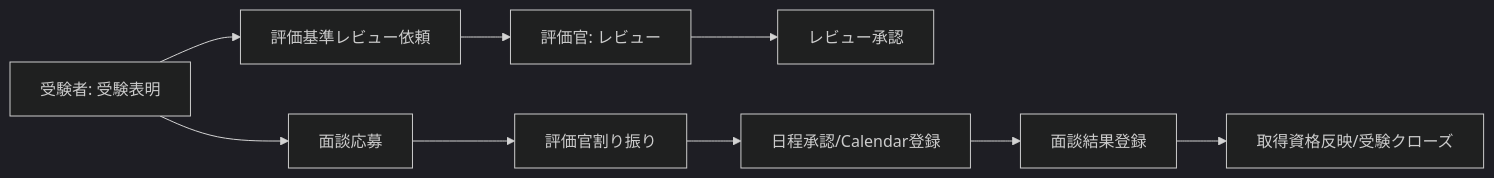
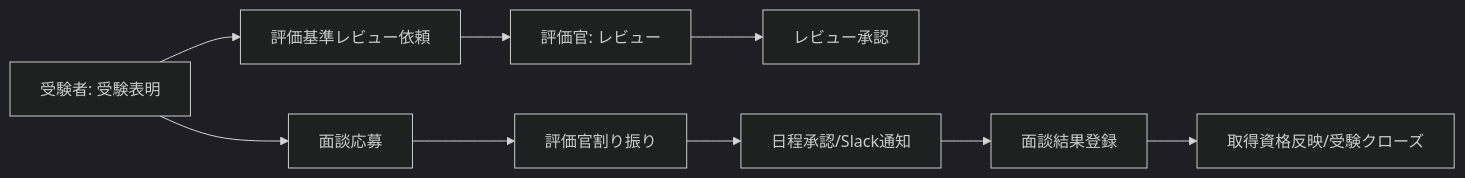
Before and after one commit to harukishimo/rails_lv2: the diagram in docs/evaluation_presentation_agenda.md, drawn with Mermaid (dark theme). The commit also changed other lines of this file and 87 other files, not shown here.

````diff
--- a/docs/evaluation_presentation_agenda.md
+++ b/docs/evaluation_presentation_agenda.md
@@ -103,11 +103,11 @@
 ```mermaid
 flowchart LR
   A["受験者: 受験表明"] --> B["評価基準レビュー依頼"]
   B --> C["評価官: レビュー"]
   C --> D["レビュー承認"]
   A --> E["面談応募"]
   E --> F["評価官割り振り"]
-  F --> G["日程承認/Calendar登録"]
+  F --> G["日程承認/Slack通知"]
   G --> H["面談結果登録"]
   H --> I["取得資格反映/受験クローズ"]
 ```
````
